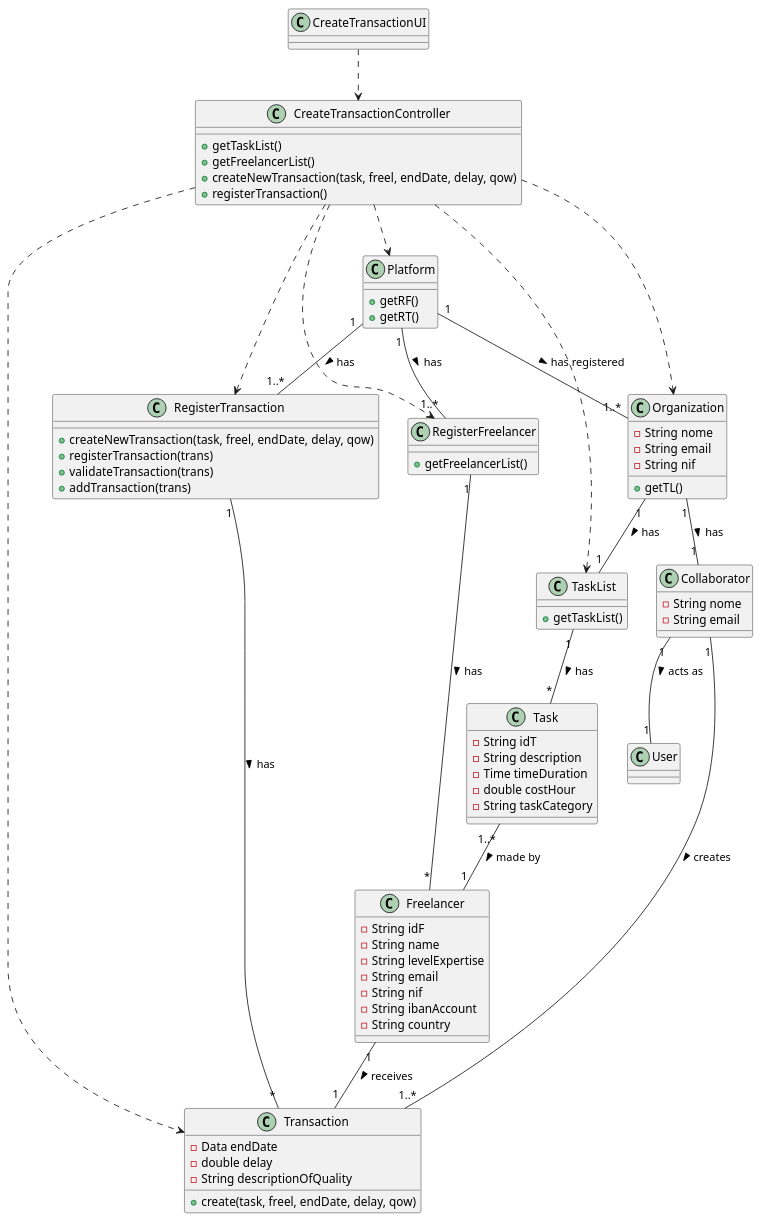
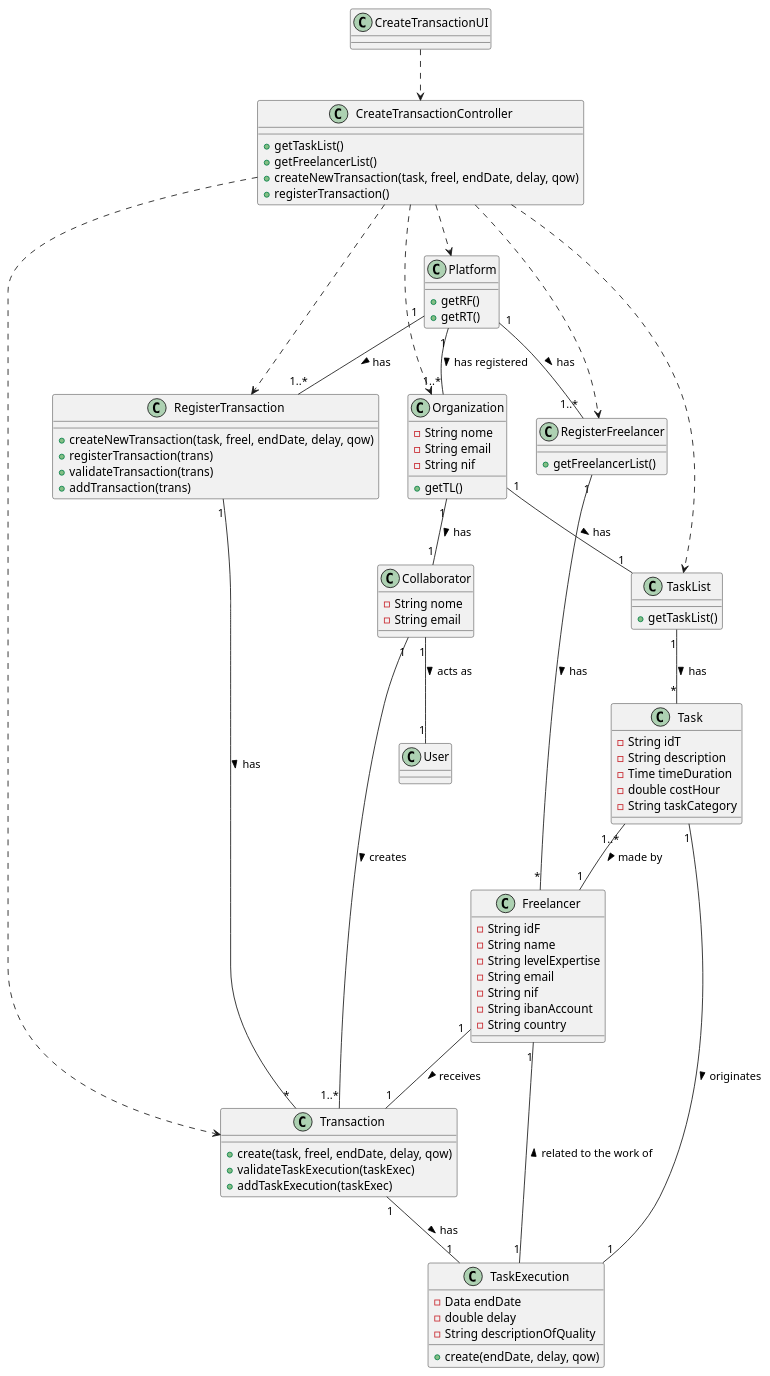
The diagram in docs/UC4 - Create Payment Transaction/UC4_CD.puml (1190452/LAPR2), drawn with PlantUML before and after one commit.

Commit message:
UC4_CD.puml edited online with Bitbucket

```diff
--- a/docs/UC4 - Create Payment Transaction/UC4_CD.puml
+++ b/docs/UC4 - Create Payment Transaction/UC4_CD.puml
@@ -3,100 +3,112 @@
 @startuml
 class CreateTransactionUI{
   }
 
 class CreateTransactionController{
   +getTaskList()
   +getFreelancerList()
   +createNewTransaction(task, freel, endDate, delay, qow)
   +registerTransaction()
   
   }
 
 class Organization{
   -String nome
   -String email
   -String nif
   +getTL()
   }
 
 class TaskList{
   +getTaskList()
   }
 
 class Platform{
   +getRF()
   +getRT()
   }
 
 class RegisterFreelancer{
   +getFreelancerList()
   }
 
 class RegisterTransaction{
   +createNewTransaction(task, freel, endDate, delay, qow)
   +registerTransaction(trans)
   +validateTransaction(trans)
   +addTransaction(trans)
   }
 
 class Transaction{
-  -Data endDate
-  -double delay
-  -String descriptionOfQuality
   +create(task, freel, endDate, delay, qow)
+  +validateTaskExecution(taskExec)
+  +addTaskExecution(taskExec)
   }
 
 class Freelancer{
   -String idF
   -String name
   -String levelExpertise
   -String email
   -String nif
   -String ibanAccount
   -String country
   }
 
 class Collaborator{
   -String nome
   -String email
   }
 
 class Task{
   -String idT
   -String description
   -Time timeDuration
   -double costHour
   -String taskCategory
   }
+
+class TaskExecution{
+  -Data endDate
+  -double delay
+  -String descriptionOfQuality
+  +create(endDate, delay, qow)
+  }
+  
 
 
 CreateTransactionController ..> Organization
 CreateTransactionController ..> TaskList
 CreateTransactionController ..> Platform
 CreateTransactionController ..> RegisterFreelancer
 CreateTransactionController ..> RegisterTransaction
 CreateTransactionController ..> Transaction
 
 CreateTransactionUI ..> CreateTransactionController
 
 Freelancer "1" -- "1" Transaction: receives >
 
 Platform "1" -- "1..*" RegisterTransaction: has >
 RegisterTransaction "1" -- "*" Transaction: has >
 Platform "1" -- "1..*" Organization: has registered >
 Platform "1" -- "1..*" RegisterFreelancer: has >
 RegisterFreelancer "1" -- "*" Freelancer: has >
 
 Organization "1" -- "1" Collaborator: has >
 Organization "1" -- "1" TaskList: has >
 
 TaskList "1" -- "*" Task: has >
 
 Collaborator "1" -- "1..*" Transaction: creates >
 Collaborator "1" -- "1" User: acts as >
 
 Task "1..*" -- "1" Freelancer: made by >
+Task "1" -- "1" TaskExecution: originates >
+
+Transaction "1" -- "1" TaskExecution: has >
+
+TaskExecution "1" -- "1" Freelancer: related to the work of >
 
 
 
 @enduml
```
